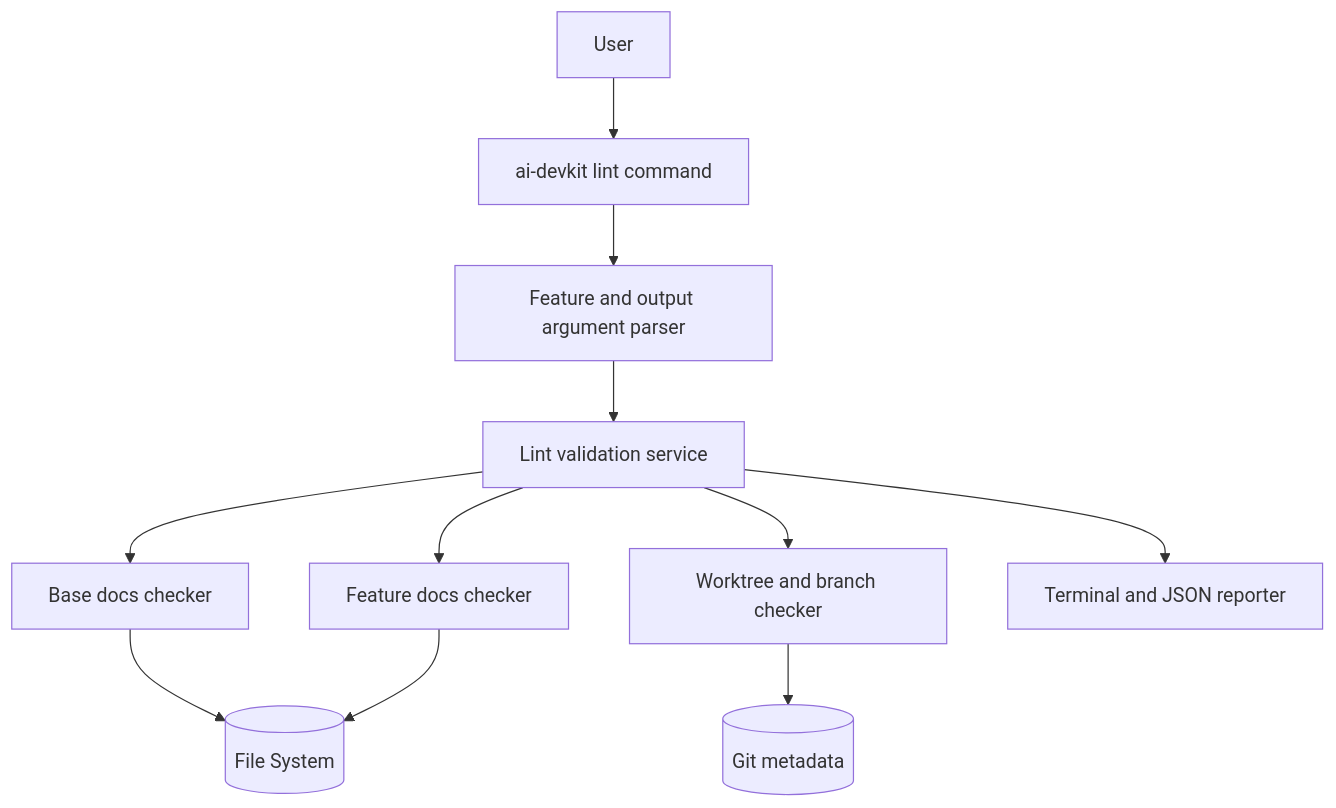
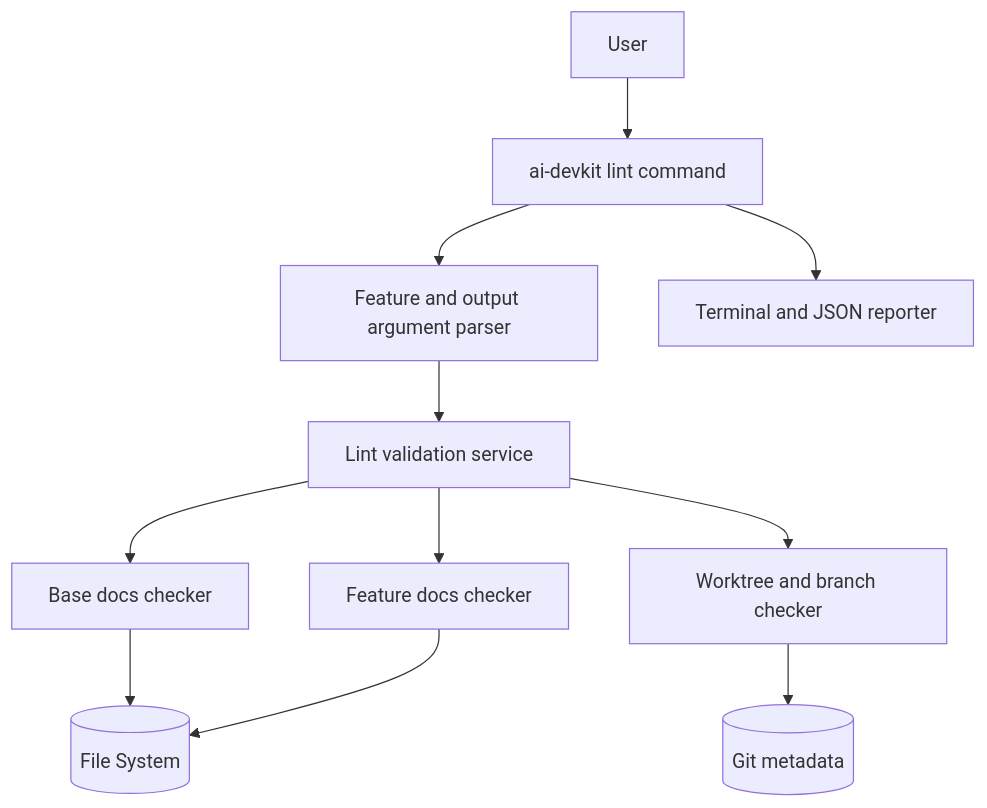
Before and after one commit to codeaholicguy/ai-devkit: the diagram in docs/ai/design/feature-lint-command.md, drawn with Mermaid. The commit also changed other lines of this file and 14 other files, not shown here.

Commit message:
refactor(lint): split rules and keep service business-only

````diff
--- a/docs/ai/design/feature-lint-command.md
+++ b/docs/ai/design/feature-lint-command.md
@@ -12,13 +12,13 @@
 ```mermaid
 graph TD
   User --> CLI[ai-devkit lint command]
   CLI --> ArgParser[Feature and output argument parser]
   ArgParser --> LintService[Lint validation service]
   LintService --> BaseCheck[Base docs checker]
   LintService --> FeatureCheck[Feature docs checker]
   LintService --> GitCheck[Worktree and branch checker]
   BaseCheck --> FS[(File System)]
   FeatureCheck --> FS
   GitCheck --> Git[(Git metadata)]
-  LintService --> Reporter[Terminal and JSON reporter]
+  CLI --> Reporter[Terminal and JSON reporter]
 ```
````
